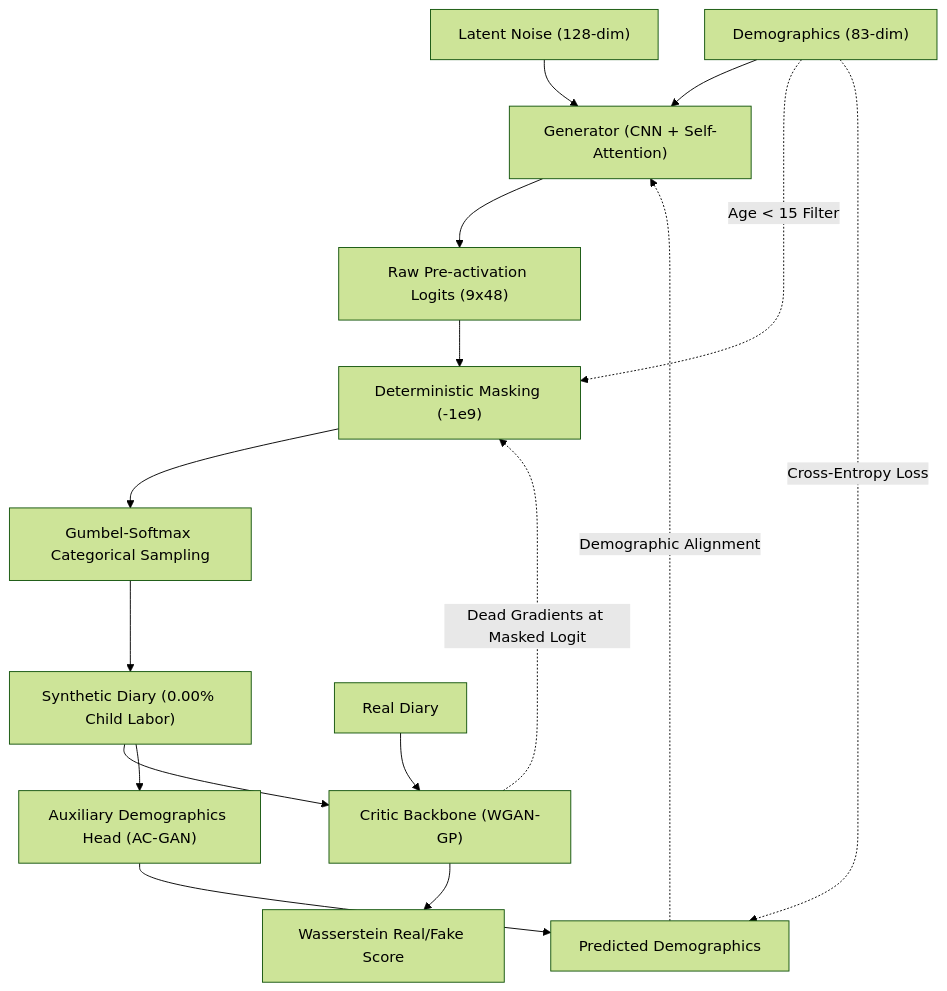
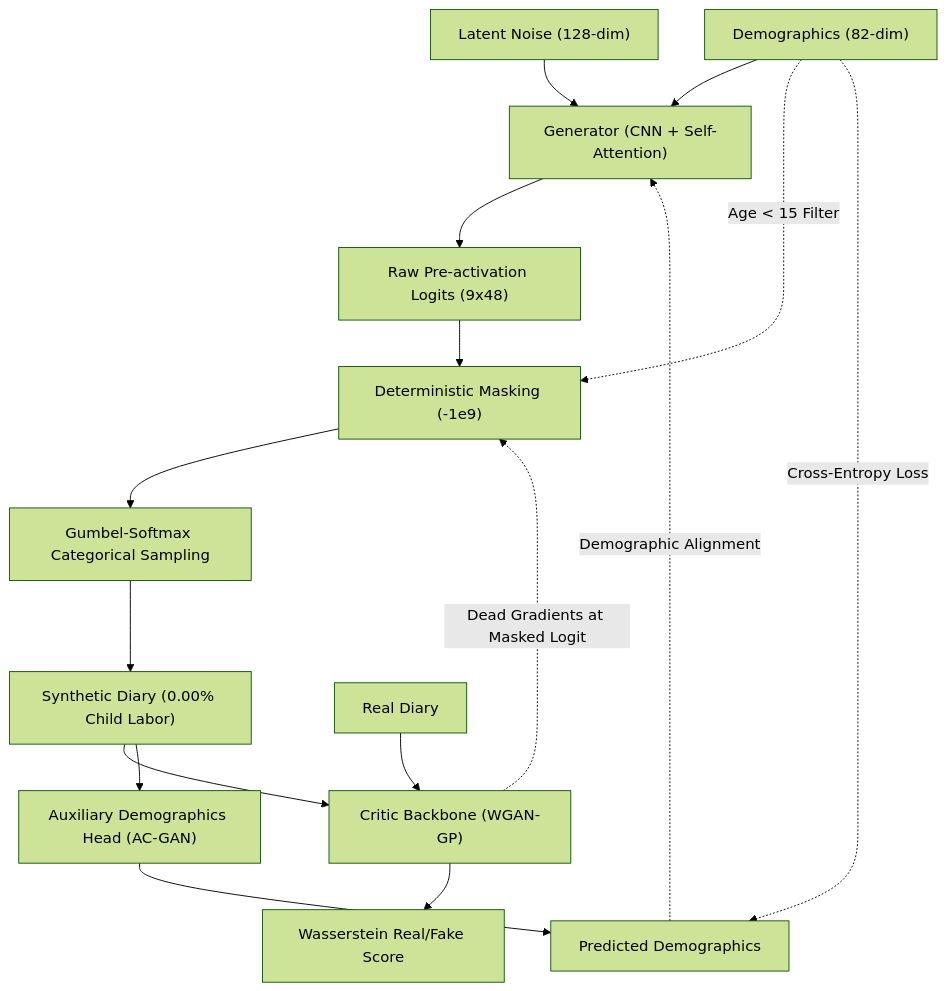
The diagram in docs/architecture_specs/tusgan-v4one.md (venkat-nallapu/tusgan), drawn with Mermaid (forest theme) before and after one commit. The commit also changed 134 other files, not shown here.

````diff
--- a/docs/architecture_specs/tusgan-v4one.md
+++ b/docs/architecture_specs/tusgan-v4one.md
@@ -24,20 +24,20 @@
 ```mermaid
 graph TD
-    Z["Latent Noise (128-dim)"] & C["Demographics (83-dim)"] --> Gen["Generator (CNN + Self-Attention)"]
+    Z["Latent Noise (128-dim)"] & C["Demographics (82-dim)"] --> Gen["Generator (CNN + Self-Attention)"]
     Gen --> L["Raw Pre-activation Logits (9x48)"]
     
     C -.->|Age < 15 Filter| DM["Deterministic Masking (-1e9)"]
     L --> DM
     DM --> GS["Gumbel-Softmax Categorical Sampling"]
     GS --> SD["Synthetic Diary (0.00% Child Labor)"]
     
     SD & RD["Real Diary"] --> Crit["Critic Backbone (WGAN-GP)"]
     Crit --> WS["Wasserstein Real/Fake Score"]
     
     SD --> Aux["Auxiliary Demographics Head (AC-GAN)"]
     Aux --> Pred["Predicted Demographics"]
     C -.->|Cross-Entropy Loss| Pred
     Pred -.->|Demographic Alignment| Gen
     
     Crit -.->|Dead Gradients at Masked Logit| DM
 ```
````
